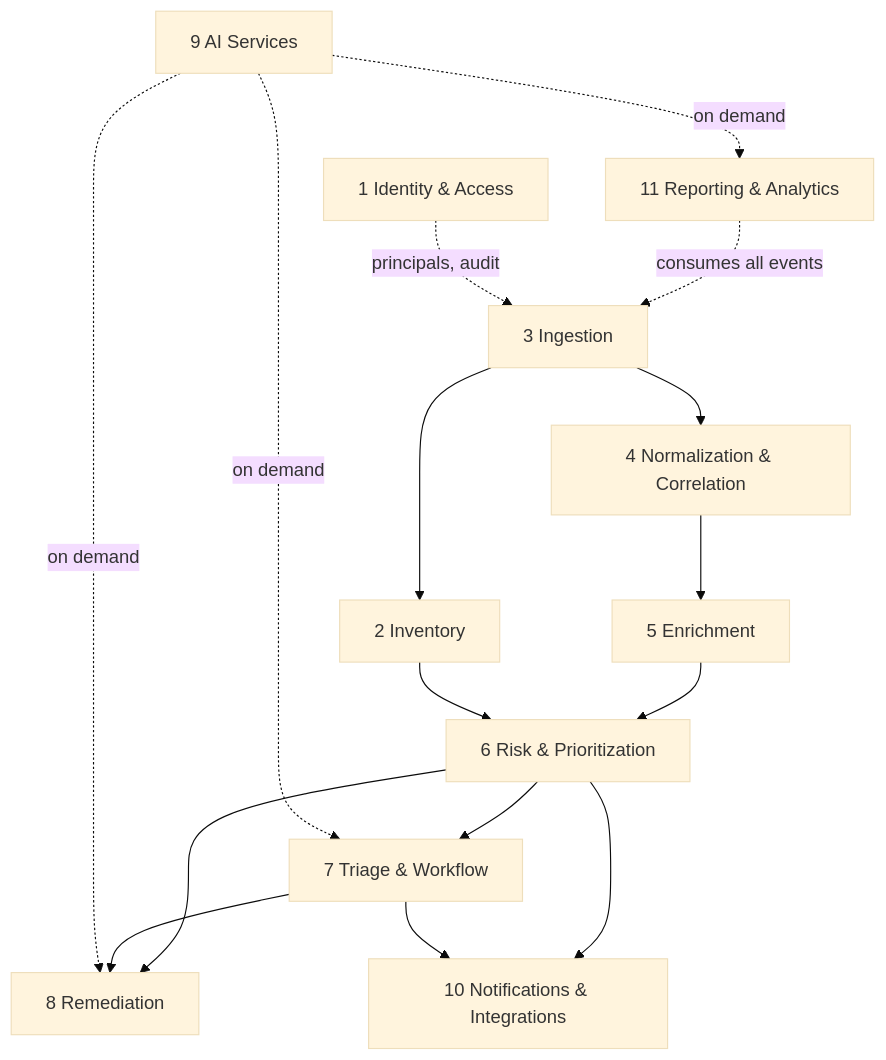
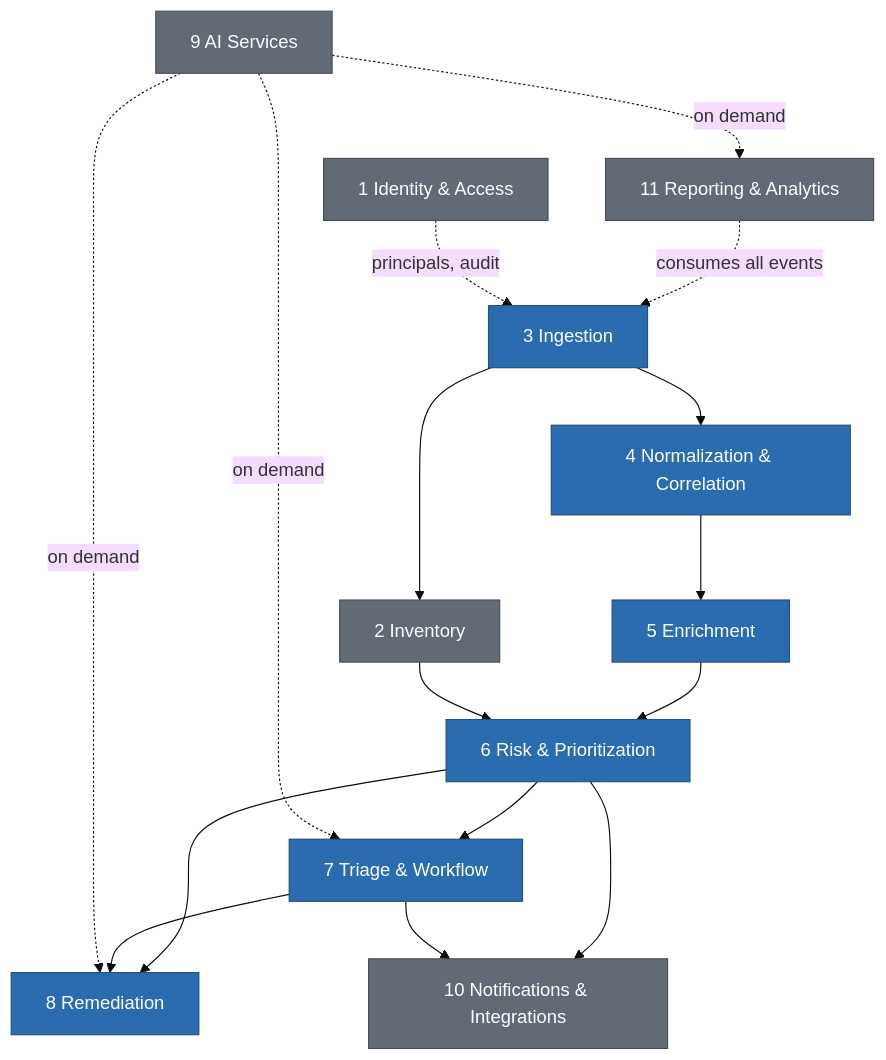
Before and after one commit to PhinehasNarh/vuln-console: the diagram in docs/architecture/service-decomposition.md, drawn with Mermaid (base theme). The commit also changed other lines of this file and 98 other files, not shown here.

````diff
--- a/docs/architecture/service-decomposition.md
+++ b/docs/architecture/service-decomposition.md
@@ -29,18 +29,23 @@
 ```mermaid
 flowchart TB
     ingestion["3 Ingestion"] --> normalization["4 Normalization & Correlation"]
     normalization --> enrichment["5 Enrichment"]
     enrichment --> risk["6 Risk & Prioritization"]
     risk --> triage["7 Triage & Workflow"]
     risk --> remediation["8 Remediation"]
     triage --> remediation
     risk --> notifications["10 Notifications & Integrations"]
     triage --> notifications
     ingestion --> inventory["2 Inventory"]
     inventory --> risk
     ai["9 AI Services"] -.->|on demand| triage
     ai -.->|on demand| remediation
     ai -.->|on demand| reporting["11 Reporting & Analytics"]
     reporting -.->|consumes all events| ingestion
     identity["1 Identity & Access"] -.->|principals, audit| ingestion
+
+    classDef pipeline fill:#2b6cb0,stroke:#234f80,color:#ffffff
+    classDef supporting fill:#616a75,stroke:#49505a,color:#ffffff
+    class ingestion,normalization,enrichment,risk,triage,remediation pipeline
+    class identity,inventory,ai,notifications,reporting supporting
 ```
````
